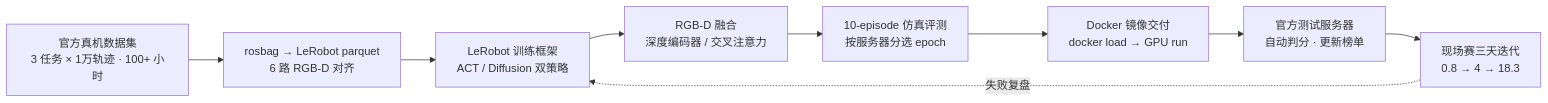
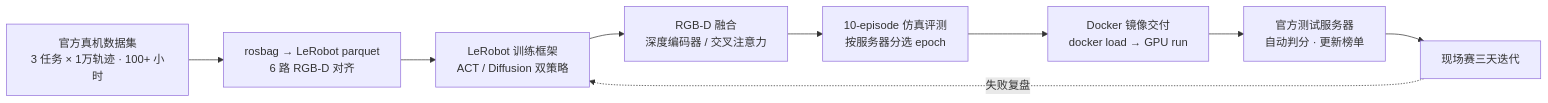
One commit to l2ktech/wzy-portfolio changed the diagram in content/projects/leju-icra.md. Above: the diagram before and after it, drawn with Mermaid. The commit also changed other lines of this file and 6 other files, not shown here.

````diff
--- a/content/projects/leju-icra.md
+++ b/content/projects/leju-icra.md
@@ -27,11 +13,11 @@
 ```mermaid
 flowchart LR
     A["官方真机数据集<br/>3 任务 × 1万轨迹 · 100+ 小时"] --> B["rosbag → LeRobot parquet<br/>6 路 RGB-D 对齐"]
     B --> C["LeRobot 训练框架<br/>ACT / Diffusion 双策略"]
     C --> D["RGB-D 融合<br/>深度编码器 / 交叉注意力"]
     D --> E["10-episode 仿真评测<br/>按服务器分选 epoch"]
     E --> F["Docker 镜像交付<br/>docker load → GPU run"]
     F --> G["官方测试服务器<br/>自动判分 · 更新榜单"]
-    G --> H["现场赛三天迭代<br/>0.8 → 4 → 18.3"]
+    G --> H["现场赛三天迭代"]
     H -.->|失败复盘| C
 ```
````
